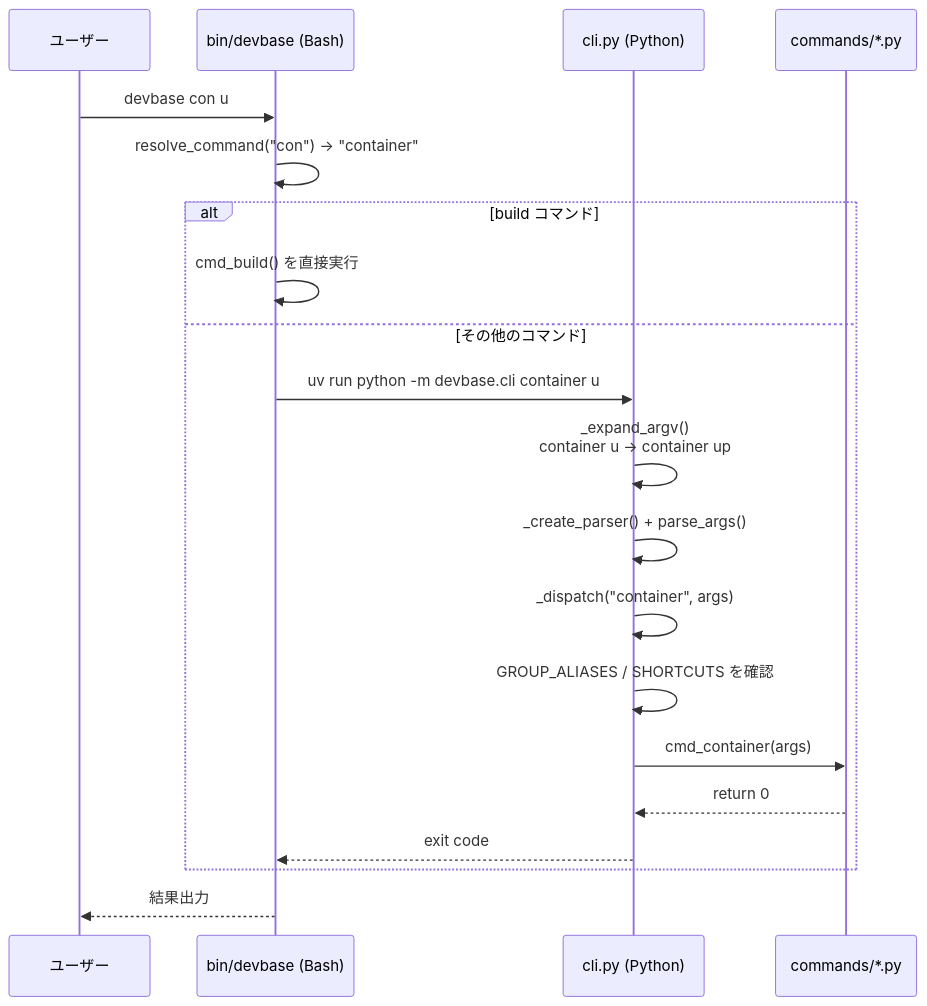
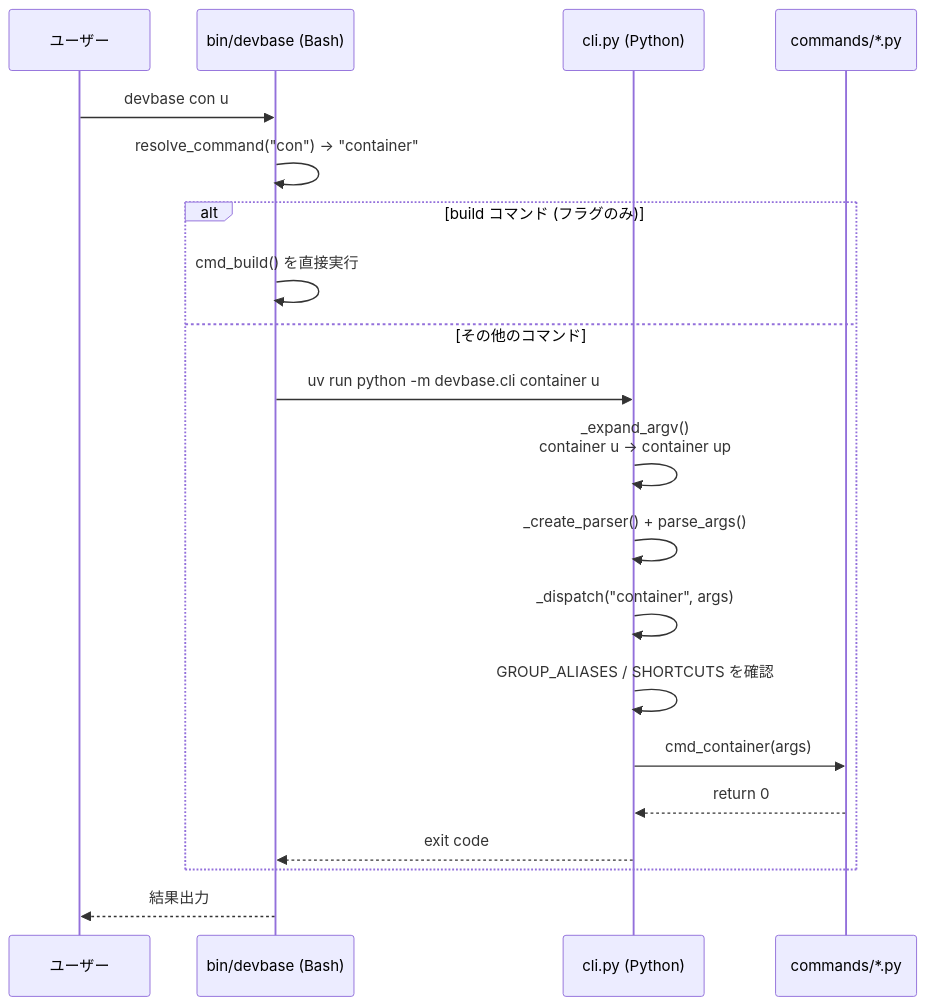
One commit to devbasex/devbase changed the fourth of 6 diagrams in docs/developer/architecture.md. Above: the diagram before and after it, drawn with Mermaid. The commit also changed other lines of this file and 7 other files, not shown here.

````diff
--- a/docs/developer/architecture.md
+++ b/docs/developer/architecture.md
@@ -197,23 +217,23 @@
 ```mermaid
 sequenceDiagram
     participant User as ユーザー
     participant Bash as bin/devbase (Bash)
     participant Python as cli.py (Python)
     participant Handler as commands/*.py
 
     User->>Bash: devbase con u
     Bash->>Bash: resolve_command("con") → "container"
-    alt build コマンド
+    alt build コマンド (フラグのみ)
         Bash->>Bash: cmd_build() を直接実行
     else その他のコマンド
         Bash->>Python: uv run python -m devbase.cli container u
         Python->>Python: _expand_argv()<br/>container u → container up
         Python->>Python: _create_parser() + parse_args()
         Python->>Python: _dispatch("container", args)
         Python->>Python: GROUP_ALIASES / SHORTCUTS を確認
         Python->>Handler: cmd_container(args)
         Handler-->>Python: return 0
         Python-->>Bash: exit code
     end
     Bash-->>User: 結果出力
 ```
````
